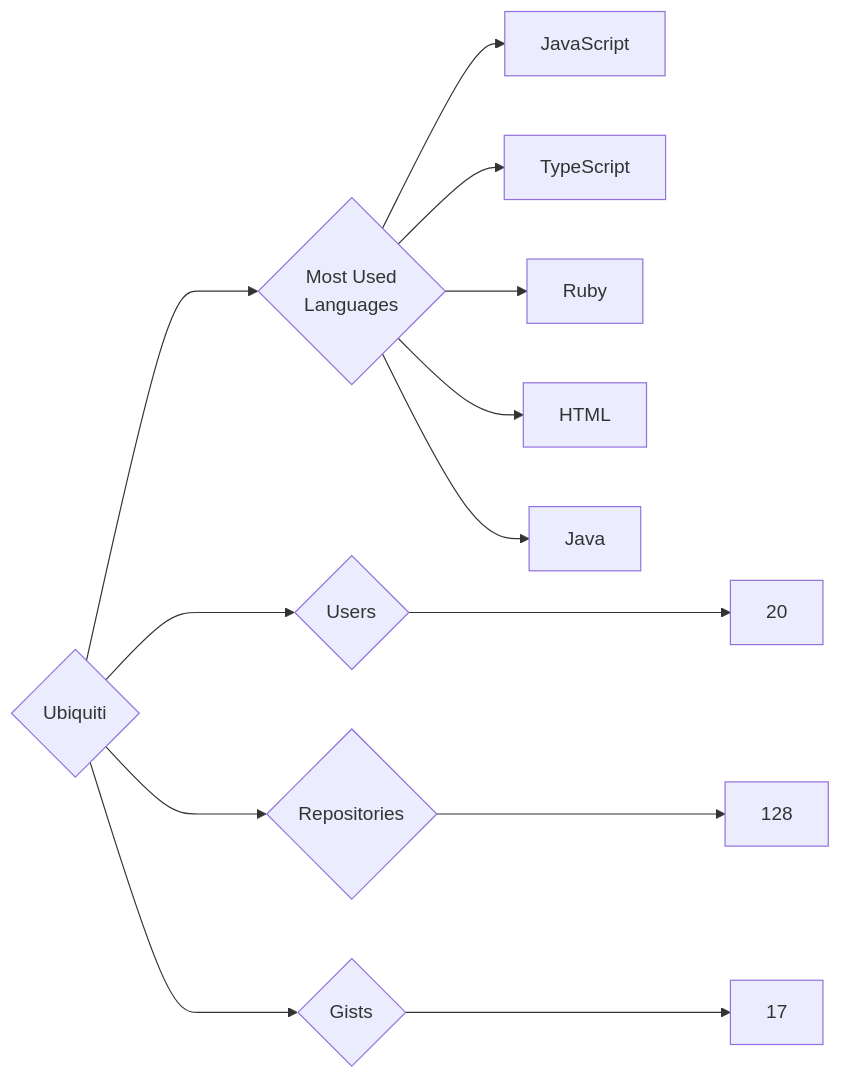
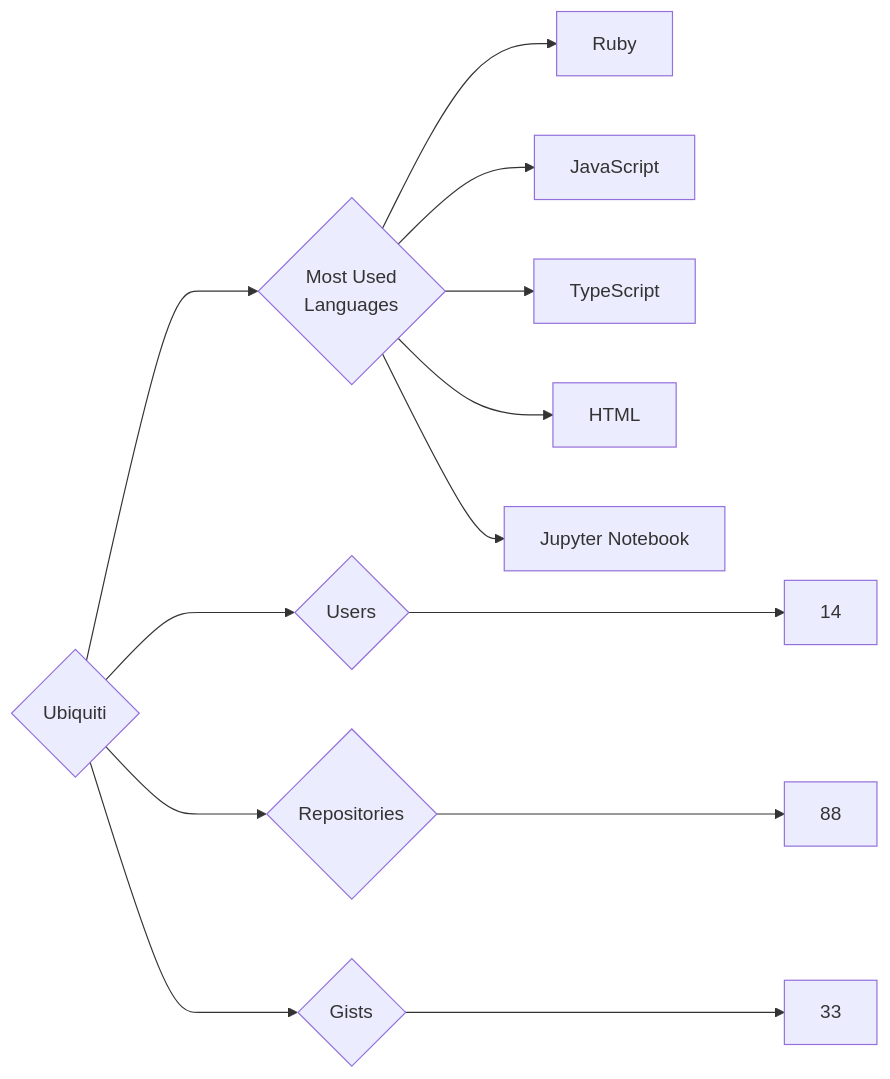
The diagram in targets/Ubiquiti/README.md (trickest/insiders), drawn with Mermaid before and after one commit. The commit also changed 969 other files, not shown here.

````diff
--- a/targets/Ubiquiti/README.md
+++ b/targets/Ubiquiti/README.md
@@ -3,13 +3,13 @@
 ```mermaid
 graph LR
 COMPANY_NAME{Ubiquiti}
-COMPANY_NAME ---> U{Users} ---> UN[20]
-COMPANY_NAME ---> R{Repositories} ---> RN[128]
-COMPANY_NAME ---> G{Gists} ---> GN[17]
+COMPANY_NAME ---> U{Users} ---> UN[14]
+COMPANY_NAME ---> R{Repositories} ---> RN[88]
+COMPANY_NAME ---> G{Gists} ---> GN[33]
 COMPANY_NAME ---> ML{Most Used<br>Languages}
+ML --> Ruby[Ruby]
 ML --> JavaScript[JavaScript]
 ML --> TypeScript[TypeScript]
-ML --> Ruby[Ruby]
 ML --> HTML[HTML]
-ML --> Java[Java]
+ML --> Jupyter_Notebook[Jupyter Notebook]
 ```
````
